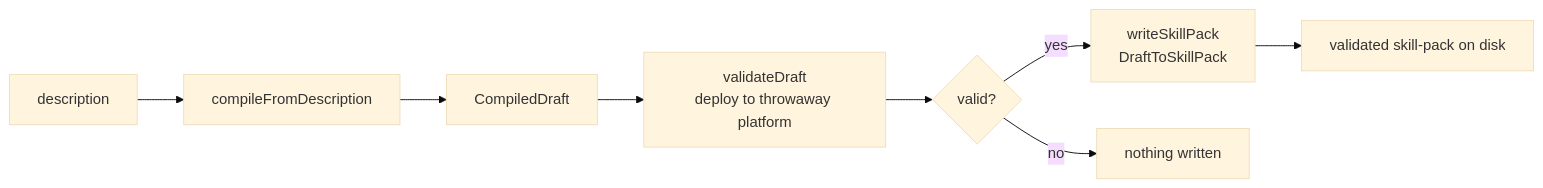
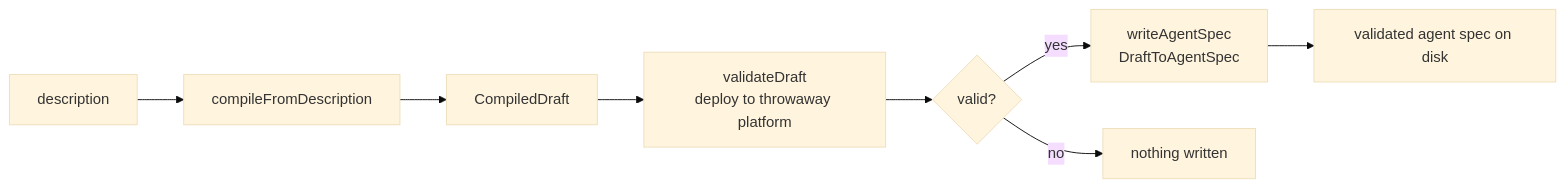
The diagram in poc/poc-3-builder-agent/README.md (iromu/embabel-smith), drawn with Mermaid (base theme) before and after one commit. The commit also changed other lines of this file and 650 other files, not shown here.

First line of the commit message:
Rename the skill-pack vocabulary to agent spec to match what the unit actually is

````diff
--- a/poc/poc-3-builder-agent/README.md
+++ b/poc/poc-3-builder-agent/README.md
@@ -17,10 +17,10 @@
 ```mermaid
 flowchart LR
     DESC["description"] --> C1["compileFromDescription"]
     C1 --> DRAFT["CompiledDraft"]
     DRAFT --> C2["validateDraft<br/>deploy to throwaway platform"]
     C2 --> V{"valid?"}
-    V -->|"yes"| C3["writeSkillPack<br/>DraftToSkillPack"]
-    C3 --> DISK["validated skill-pack on disk"]
+    V -->|"yes"| C3["writeAgentSpec<br/>DraftToAgentSpec"]
+    C3 --> DISK["validated agent spec on disk"]
     V -->|"no"| NONE["nothing written"]
 ```
````
